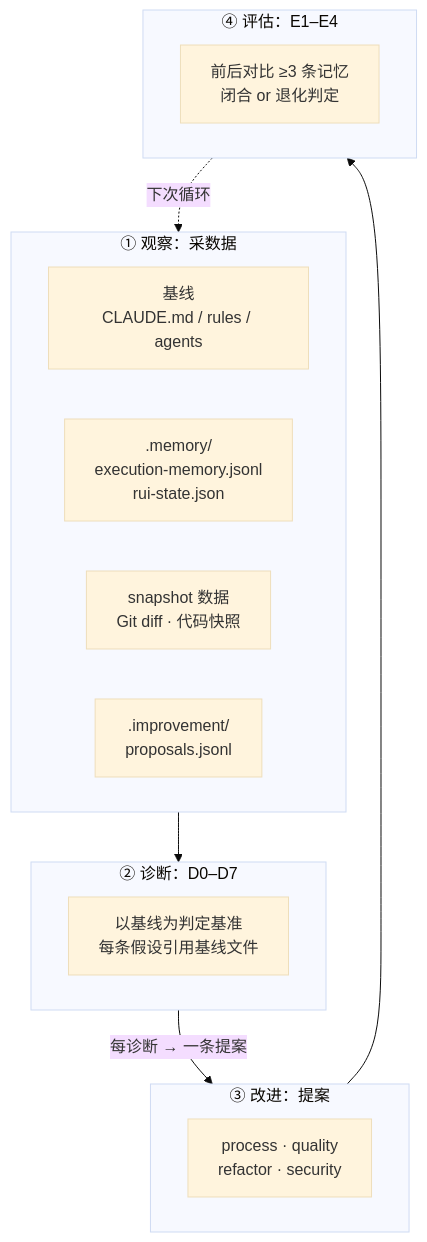
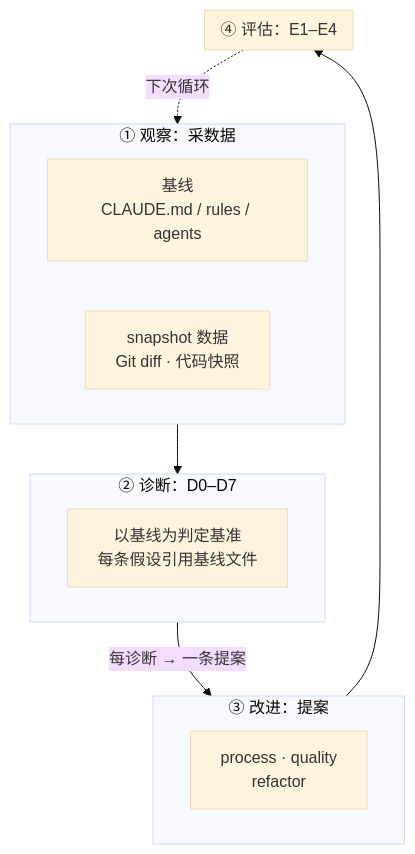
The first of 11 diagrams in rules/self-improve.md (effiy/YrY), drawn with Mermaid (base theme) before and after one commit. The commit also changed other lines of this file and 91 other files, not shown here.

````diff
--- a/rules/self-improve.md
+++ b/rules/self-improve.md
@@ -15,27 +14,24 @@
 ```mermaid
 flowchart TB
     subgraph 观察["① 观察：采数据"]
         BASE["基线<br/>CLAUDE.md / rules / agents"]:::base
-        EXEC[".memory/<br/>execution-memory.jsonl<br/>rui-state.json"]:::data
         SNAP["snapshot 数据<br/>Git diff · 代码快照"]:::data
-        PROP[".improvement/<br/>proposals.jsonl"]:::data
     end
 
     subgraph 诊断["② 诊断：D0–D7"]
         D_ALL["以基线为判定基准<br/>每条假设引用基线文件"]:::diag
     end
 
     subgraph 改进["③ 改进：提案"]
-        PRC["process · quality<br/>refactor · security"]:::prop
+        PRC["process · quality<br/>refactor"]:::prop
     end
 
     subgraph 评估["④ 评估：E1–E4"]
-        EVAL["前后对比 ≥3 条记忆<br/>闭合 or 退化判定"]:::eval
     end
 
     观察 --> 诊断
     诊断 -->|"每诊断 → 一条提案"| 改进
     改进 --> 评估
     评估 -.->|"下次循环"| 观察
 
 ```
````
